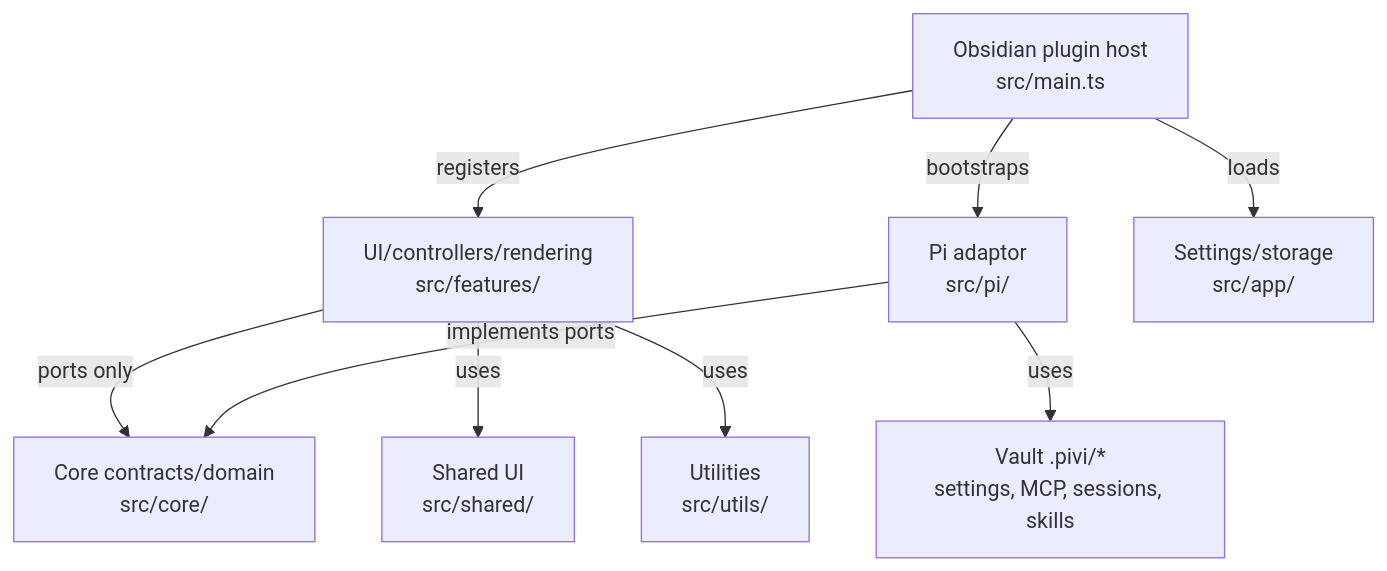
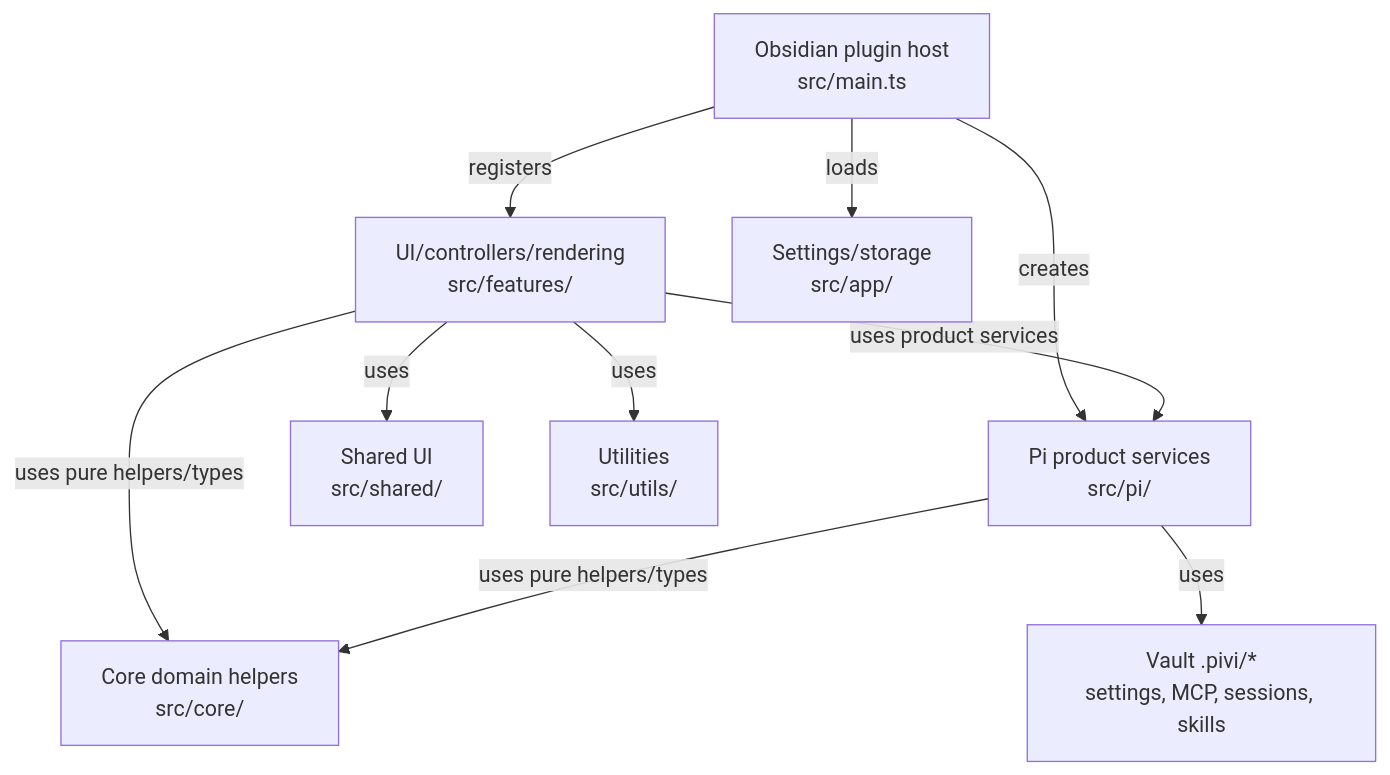
The diagram in docs/architecture/system-architecture.md (shuuul/obsidian-pivi), drawn with Mermaid before and after one commit. The commit also changed other lines of this file and 155 other files, not shown here.

````diff
--- a/docs/architecture/system-architecture.md
+++ b/docs/architecture/system-architecture.md
@@ -19,11 +19,12 @@
 ```mermaid
 flowchart TD
   Host["Obsidian plugin host<br/>src/main.ts"] -- "registers" --> Features["UI/controllers/rendering<br/>src/features/"]
-  Host -- "bootstraps" --> Pi["Pi adaptor<br/>src/pi/"]
+  Host -- "creates" --> Pi["Pi product services<br/>src/pi/"]
   Host -- "loads" --> App["Settings/storage<br/>src/app/"]
-  Features -- "ports only" --> Core["Core contracts/domain<br/>src/core/"]
-  Pi -- "implements ports" --> Core
+  Features -- "uses product services" --> Pi
+  Features -- "uses pure helpers/types" --> Core["Core domain helpers<br/>src/core/"]
+  Pi -- "uses pure helpers/types" --> Core
   Pi -- "uses" --> Vault["Vault .pivi/*<br/>settings, MCP, sessions, skills"]
   Features -- "uses" --> Shared["Shared UI<br/>src/shared/"]
   Features -- "uses" --> Utils["Utilities<br/>src/utils/"]
 ```
````
